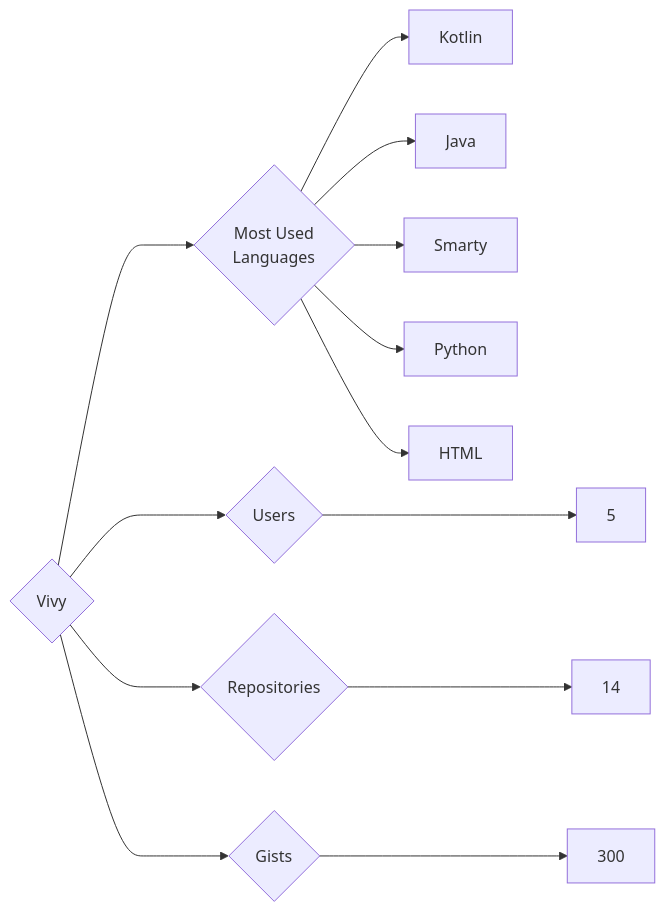
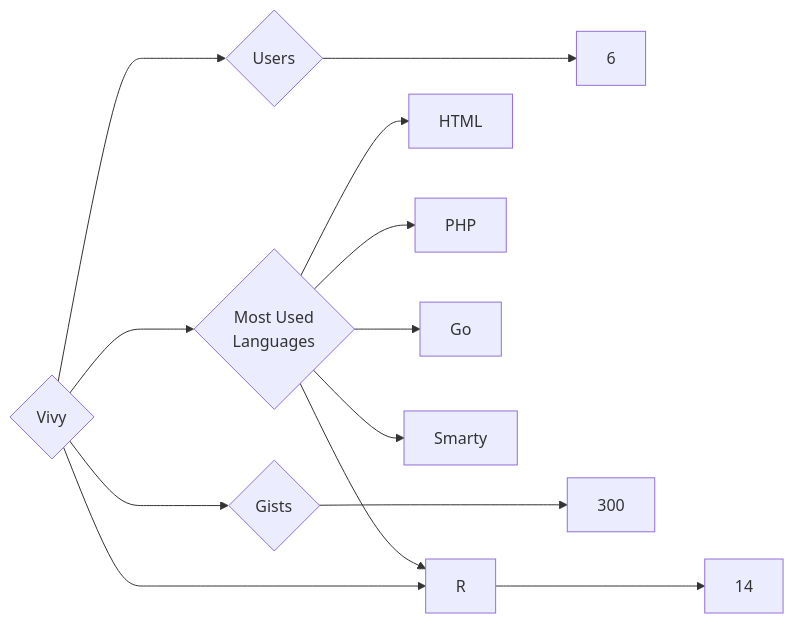
The diagram in targets/Vivy/README.md (trickest/insiders), drawn with Mermaid before and after one commit. The commit also changed 953 other files, not shown here.

````diff
--- a/targets/Vivy/README.md
+++ b/targets/Vivy/README.md
@@ -3,13 +3,13 @@
 ```mermaid
 graph LR
 COMPANY_NAME{Vivy}
-COMPANY_NAME ---> U{Users} ---> UN[5]
+COMPANY_NAME ---> U{Users} ---> UN[6]
 COMPANY_NAME ---> R{Repositories} ---> RN[14]
 COMPANY_NAME ---> G{Gists} ---> GN[300]
 COMPANY_NAME ---> ML{Most Used<br>Languages}
-ML --> Kotlin[Kotlin]
-ML --> Java[Java]
+ML --> HTML[HTML]
+ML --> R[R]
+ML --> PHP[PHP]
+ML --> Go[Go]
 ML --> Smarty[Smarty]
-ML --> Python[Python]
-ML --> HTML[HTML]
 ```
````
